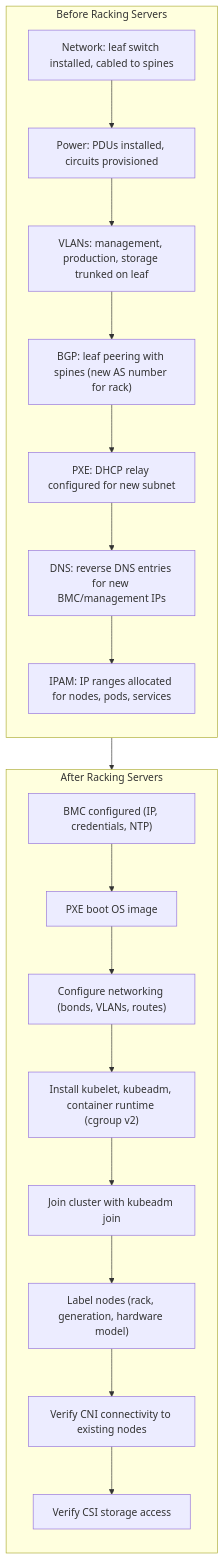
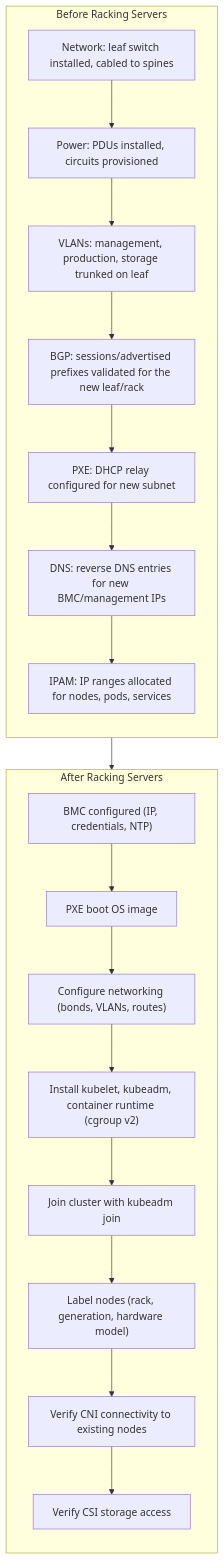
Before and after one commit to kube-dojo/kube-dojo: the first of 4 diagrams in src/content/docs/on-premises/operations/module-7.5-capacity-expansion.md, drawn with Mermaid. The commit also changed other lines of this file and 1 other file, not shown here.

````diff
--- a/src/content/docs/on-premises/operations/module-7.5-capacity-expansion.md
+++ b/src/content/docs/on-premises/operations/module-7.5-capacity-expansion.md
@@ -117,29 +117,29 @@
 ```mermaid
 flowchart TD
     subgraph Before ["Before Racking Servers"]
         direction TB
         B1["Network: leaf switch installed, cabled to spines"]
         B2["Power: PDUs installed, circuits provisioned"]
         B3["VLANs: management, production, storage trunked on leaf"]
-        B4["BGP: leaf peering with spines (new AS number for rack)"]
+        B4["BGP: sessions/advertised prefixes validated for the new leaf/rack"]
         B5["PXE: DHCP relay configured for new subnet"]
         B6["DNS: reverse DNS entries for new BMC/management IPs"]
         B7["IPAM: IP ranges allocated for nodes, pods, services"]
         B1 --> B2 --> B3 --> B4 --> B5 --> B6 --> B7
     end
 
     subgraph After ["After Racking Servers"]
         direction TB
         A1["BMC configured (IP, credentials, NTP)"]
         A2["PXE boot OS image"]
         A3["Configure networking (bonds, VLANs, routes)"]
         A4["Install kubelet, kubeadm, container runtime (cgroup v2)"]
         A5["Join cluster with kubeadm join"]
         A6["Label nodes (rack, generation, hardware model)"]
         A7["Verify CNI connectivity to existing nodes"]
         A8["Verify CSI storage access"]
         A1 --> A2 --> A3 --> A4 --> A5 --> A6 --> A7 --> A8
     end
 
     Before --> After
 ```
````
